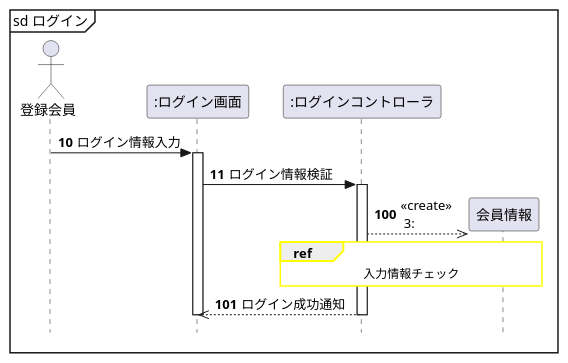
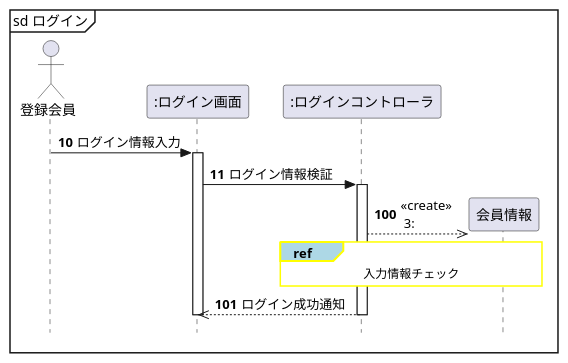
One commit to yoshidasen/uml-introduction changed the diagram in 図4-6_「ref」を使用した例.pu. Above: the diagram before and after it, drawn with PlantUML.

Commit message:
図4-6

```diff
--- a/図4-6_「ref」を使用した例.pu
+++ b/図4-6_「ref」を使用した例.pu
@@ -1,38 +1,38 @@
 @startuml
     hide footbox
     Actor 登録会員 as member
     participant ":ログイン画面" as login
     participant ":ログインコントローラ" as control
     participant "会員情報" as entity
     
     'メッセージに自動で番号を降る
     autonumber 10
     ' 厳密なUMLに準拠する
     skinparam style strictuml
 
     ' refの枠線
     skinparam sequenceReferenceBorderColor yellow
     ' refの背景色
     skinparam sequenceReferenceBackgroundColor white
-    ' skinparam sequenceReferenceHeaderBackgroundColor lightblue
+    skinparam sequenceReferenceHeaderBackgroundColor lightblue
     
     mainframe sd ログイン
     
     member -> login : ログイン情報入力
     activate login
         login -> control : ログイン情報検証
         
         activate control
         create entity
         autonumber 100
         control -->> entity :<<create>>\n 3:
 
         ref over control, entity
         入力情報チェック
         end ref
 
         login <<-- control : ログイン成功通知
         
         deactivate control
     deactivate login
 @enduml
```
